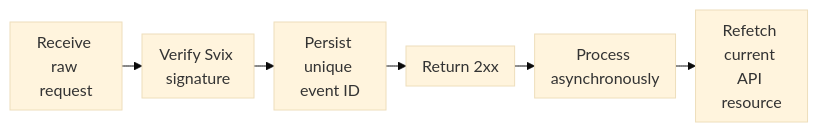
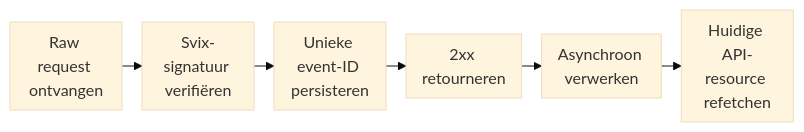
One commit to swipelux/public-docs changed the diagram in nl/integration/webhooks.mdx. Above: the diagram before and after it, drawn with Mermaid (base theme). The commit also changed other lines of this file and 285 other files, not shown here.

````diff
--- a/nl/integration/webhooks.mdx
+++ b/nl/integration/webhooks.mdx
@@ -8,9 +8,9 @@
 ```mermaid
 %%{init: {"flowchart": {"rankSpacing": 20, "nodeSpacing": 16, "wrappingWidth": 80, "padding": 8}}}%%
 flowchart LR
-  A["Receive raw request"] --> B["Verify Svix signature"]
-  B --> C["Persist unique event ID"]
-  C --> D["Return 2xx"]
-  D --> E["Process asynchronously"]
-  E --> F["Refetch current API resource"]
+  A["Raw request ontvangen"] --> B["Svix-signatuur verifiëren"]
+  B --> C["Unieke event-ID persisteren"]
+  C --> D["2xx retourneren"]
+  D --> E["Asynchroon verwerken"]
+  E --> F["Huidige API-resource refetchen"]
 ```
````
